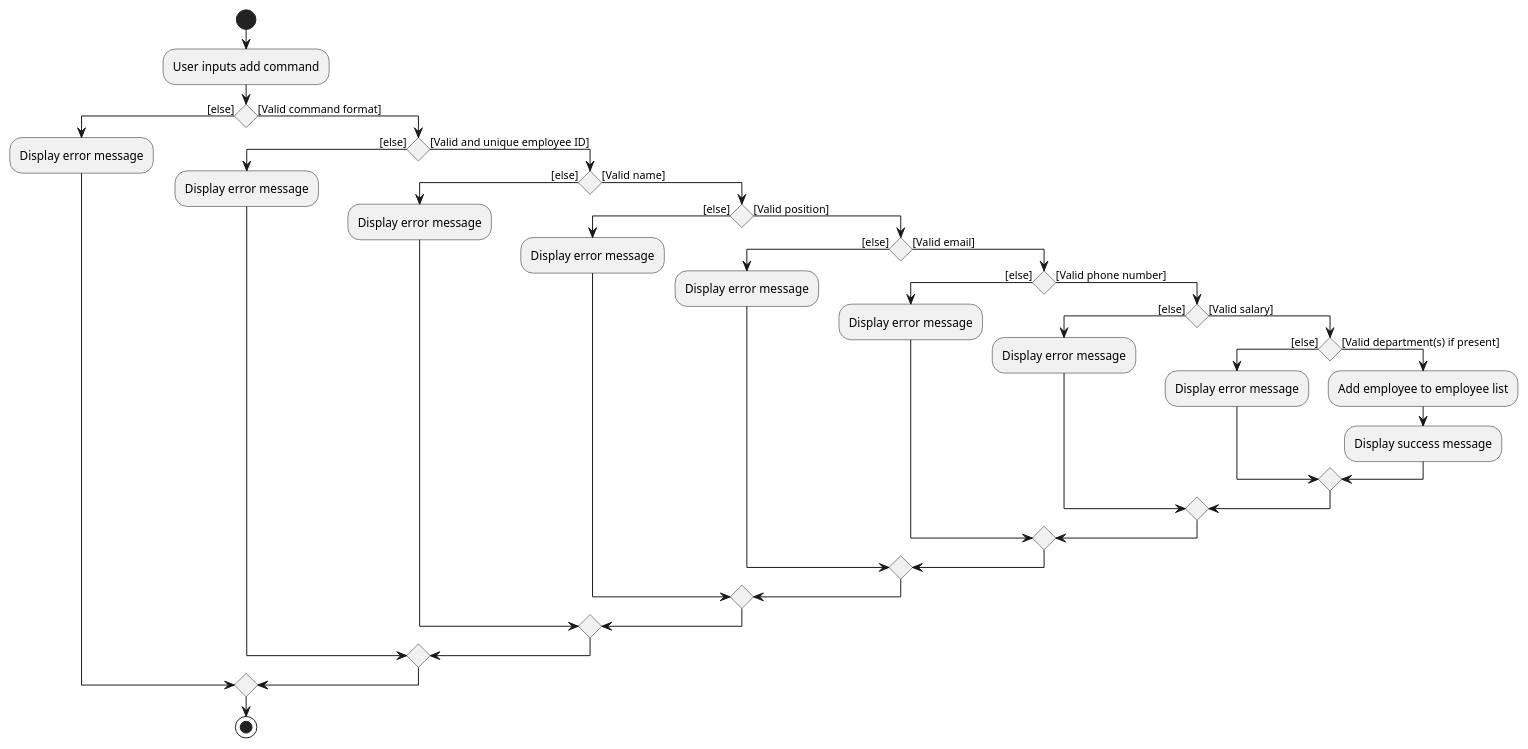
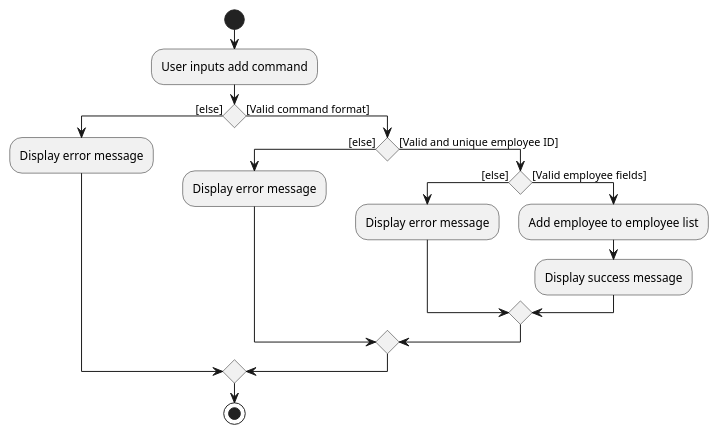
Before and after one commit to nus-cs2103-AY2324S1/tp: the diagram in docs/diagrams/AddActivityDiagram.puml, drawn with PlantUML. The commit also changed 2 other files, not shown here.

Commit message:
Restructure, reformat, and change activity diagram

```diff
--- a/docs/diagrams/AddActivityDiagram.puml
+++ b/docs/diagrams/AddActivityDiagram.puml
@@ -1,43 +1,24 @@
 @startuml
 'https://plantuml.com/activity-diagram-beta
 
 start
 :User inputs add command;
 
 if () then ([else])
-  :Display error message;
+:Display error message;
 else ([Valid command format])
-  if () then ([else])
-    :Display error message;
-  else ([Valid and unique employee ID])
-    if () then ([else])
-      :Display error message;
-    else ([Valid name])
-        if () then ([else])
-            :Display error message;
-        else ([Valid position])
-            if () then ([else])
-              :Display error message;
-            else ([Valid email])
-                if () then ([else])
-                    :Display error message;
-                else ([Valid phone number])
-                    if () then ([else])
-                        :Display error message;
-                    else ([Valid salary])
-                        if () then ([else])
-                            :Display error message;
-                        else ([Valid department(s) if present])
-                            :Add employee to employee list;
-                            :Display success message;
-                        endif
-                    endif
-                endif
-            endif
-        endif
-    endif
+if () then ([else])
+:Display error message;
+else ([Valid and unique employee ID])
+if () then ([else])
+:Display error message;
+else ([Valid employee fields])
+
+:Add employee to employee list;
+:Display success message;
+endif
 endif
 endif
 stop
 
 @enduml
```
